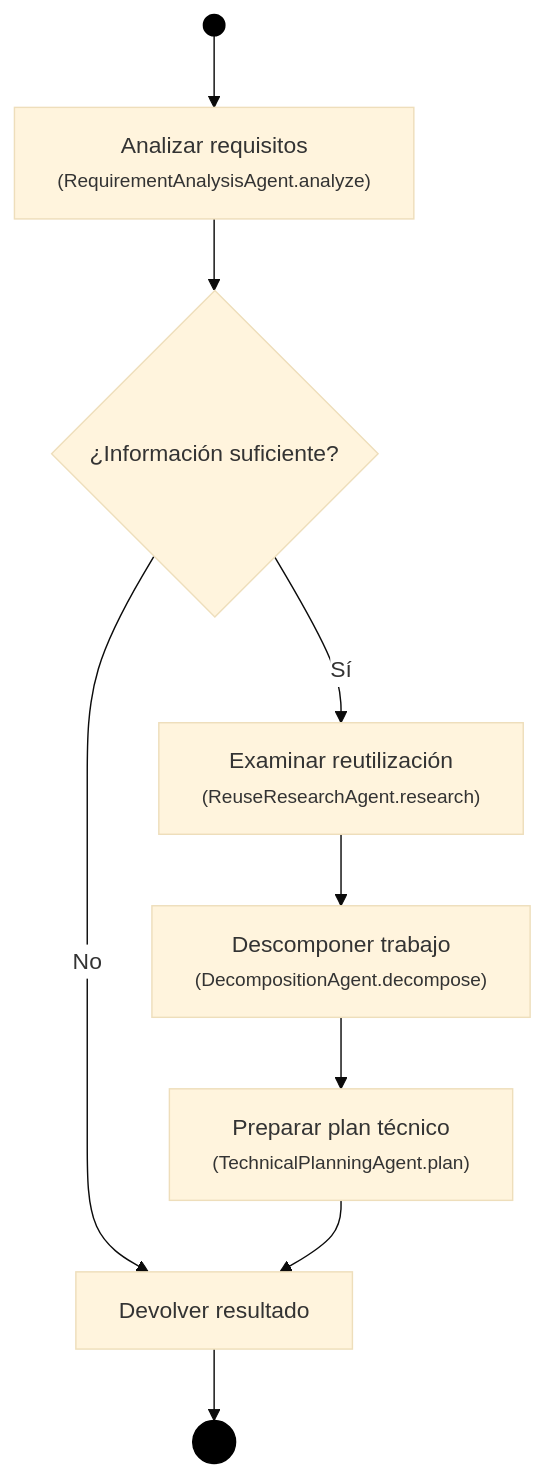
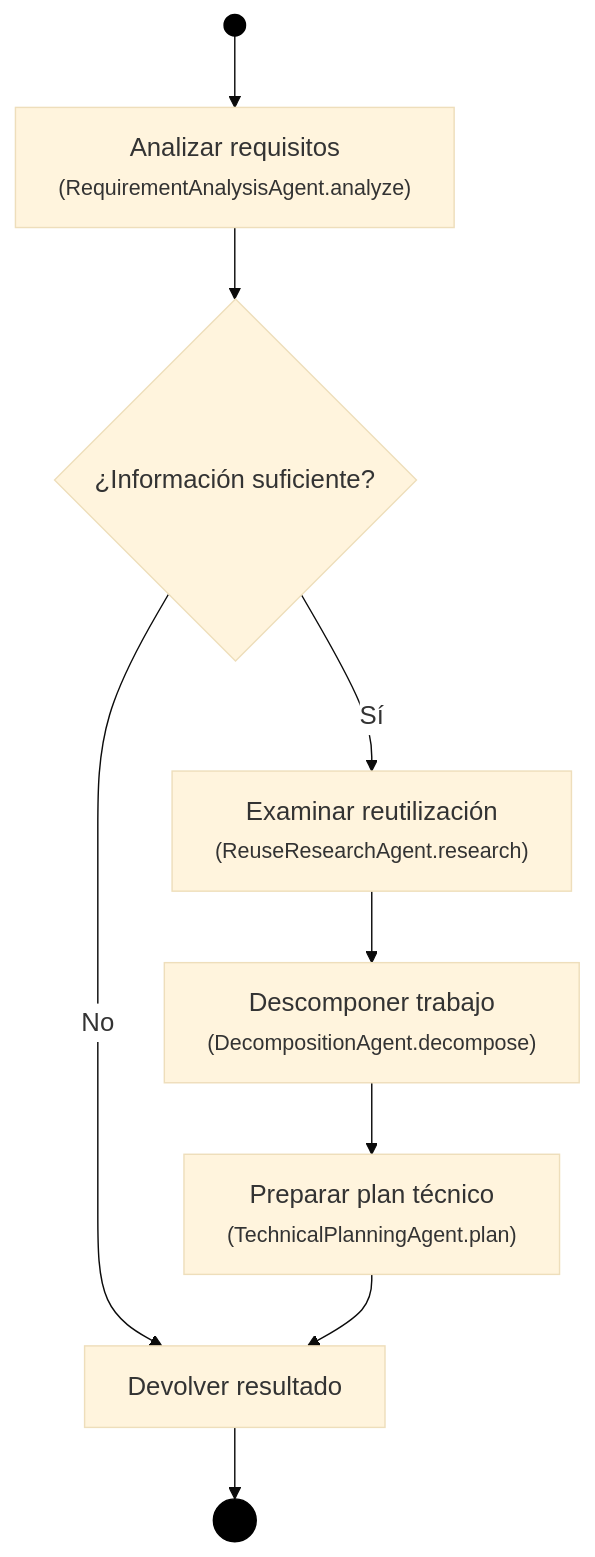
Before and after one commit to SergioGilBorras/PyFlowMap: the diagram in examples/results/p4-planning-agent-v1-1/coordinator_activity_v1_2.mmd, drawn with Mermaid. The commit also changed 2 other files, not shown here.

Commit message:
style(activity): increase Mermaid edge and node font base to 18px

```diff
--- a/examples/results/p4-planning-agent-v1-1/coordinator_activity_v1_2.mmd
+++ b/examples/results/p4-planning-agent-v1-1/coordinator_activity_v1_2.mmd
@@ -1,20 +1,20 @@
-%%{init: {"theme": "base", "themeVariables": {"fontSize": "16px", "edgeLabelBackground": "#ffffff"}}}%%
+%%{init: {"theme": "base", "themeVariables": {"fontSize": "18px", "edgeLabelBackground": "#ffffff"}}}%%
 flowchart TD
     n1(( ))
     style n1 fill:#000000,stroke:#000000,color:#000000
     n2["Analizar requisitos<br/><small>(RequirementAnalysisAgent.analyze)</small>"]
     n3{"¿Información suficiente?"}
     n4["Examinar reutilización<br/><small>(ReuseResearchAgent.research)</small>"]
     n5["Descomponer trabajo<br/><small>(DecompositionAgent.decompose)</small>"]
     n6["Preparar plan técnico<br/><small>(TechnicalPlanningAgent.plan)</small>"]
     n7["Devolver resultado"]
     n8((( )))
     style n8 fill:#000000,stroke:#000000,color:#000000
     n1 --> n2
     n2 --> n3
     n3 -->|Sí| n4
     n4 --> n5
     n5 --> n6
     n3 -->|No| n7
     n6 --> n7
     n7 --> n8
```
